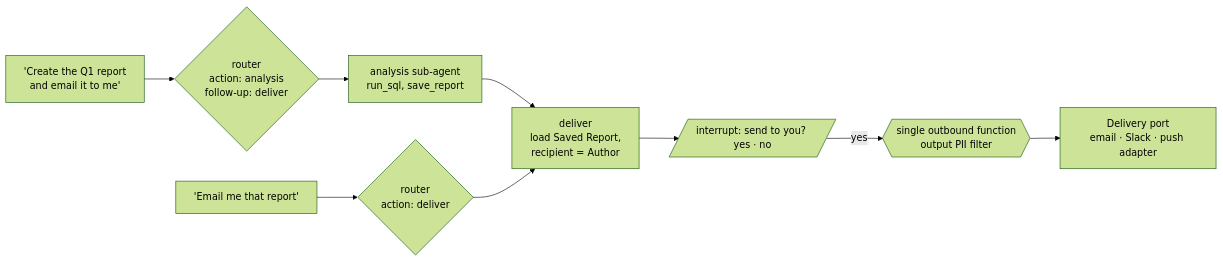
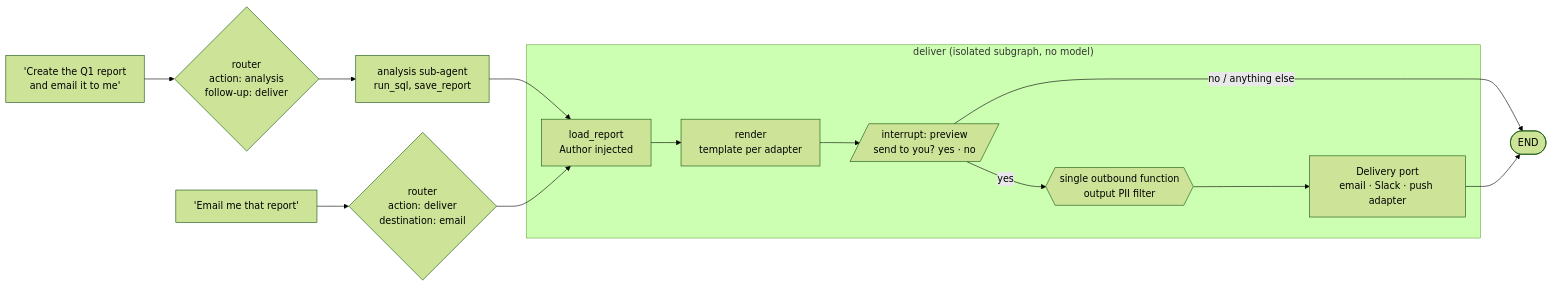
One commit to sternyishai/opsfleet-test changed the third of 3 diagrams in docs/hld/01-architecture.md. Above: the diagram before and after it, drawn with Mermaid (forest theme). The commit also changed other lines of this file, not shown here.

Commit message:
docs(hld): show deliver as an isolated subgraph that can grow
Follow adr 0009: no model in the branch, template rendering, preview
interrupt, and a narrow contract so delivery can become its own agent
or service later without touching the shell.

````diff
--- a/docs/hld/01-architecture.md
+++ b/docs/hld/01-architecture.md
@@ -155,10 +156,16 @@
 ```mermaid
 flowchart LR
     M["'Create the Q1 report<br/>and email it to me'"] --> R{router<br/>action: analysis<br/>follow-up: deliver}
     R --> A[analysis sub-agent<br/>run_sql, save_report]
-    A --> D[deliver<br/>load Saved Report,<br/>recipient = Author]
-    L["'Email me that report'"] --> R2{router<br/>action: deliver} --> D
-    D --> C[/interrupt: send to you? yes · no/]
-    C -- yes --> O{{single outbound function<br/>output PII filter}}
-    O --> P[Delivery port<br/>email · Slack · push adapter]
+    L["'Email me that report'"] --> R2{router<br/>action: deliver<br/>destination: email}
+    subgraph deliver ["deliver (isolated subgraph, no model)"]
+        D[load_report<br/>Author injected] --> F[render<br/>template per adapter]
+        F --> C[/interrupt: preview<br/>send to you? yes · no/]
+        C -- yes --> O{{single outbound function<br/>output PII filter}}
+        O --> P[Delivery port<br/>email · Slack · push adapter]
+    end
+    A --> D
+    R2 --> D
+    C -- no / anything else --> E([END])
+    P --> E
 ```
````
